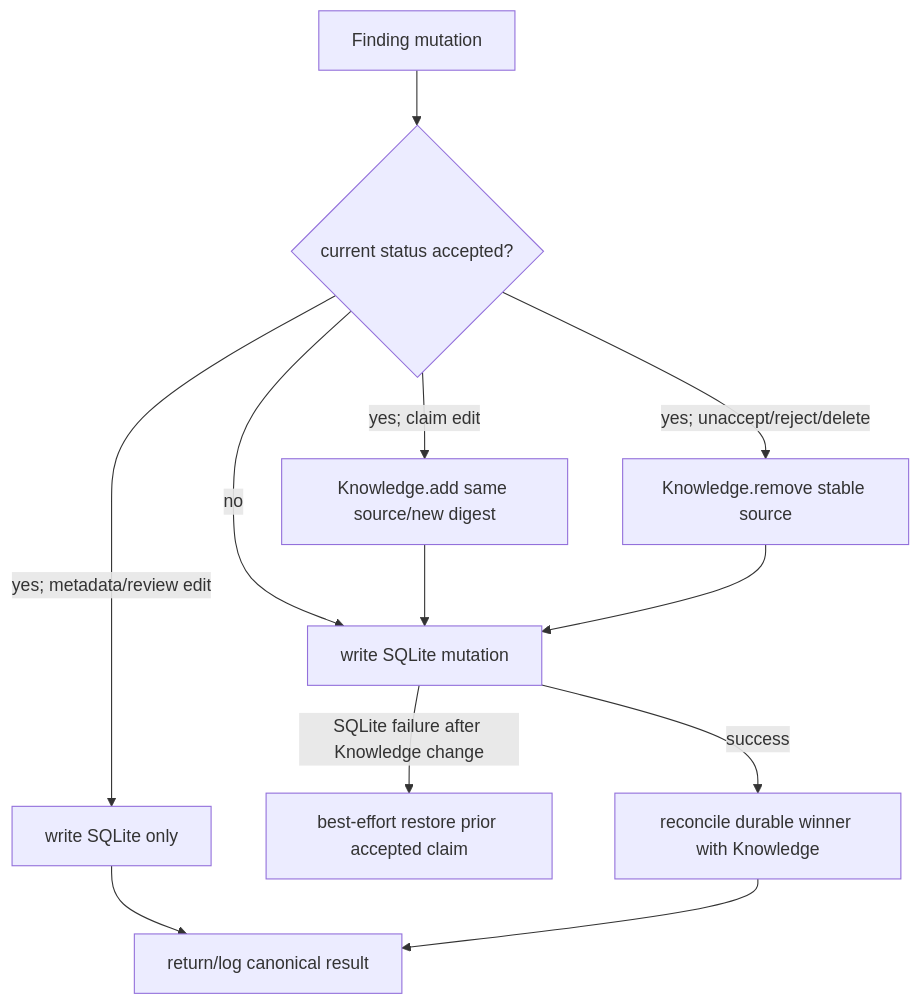
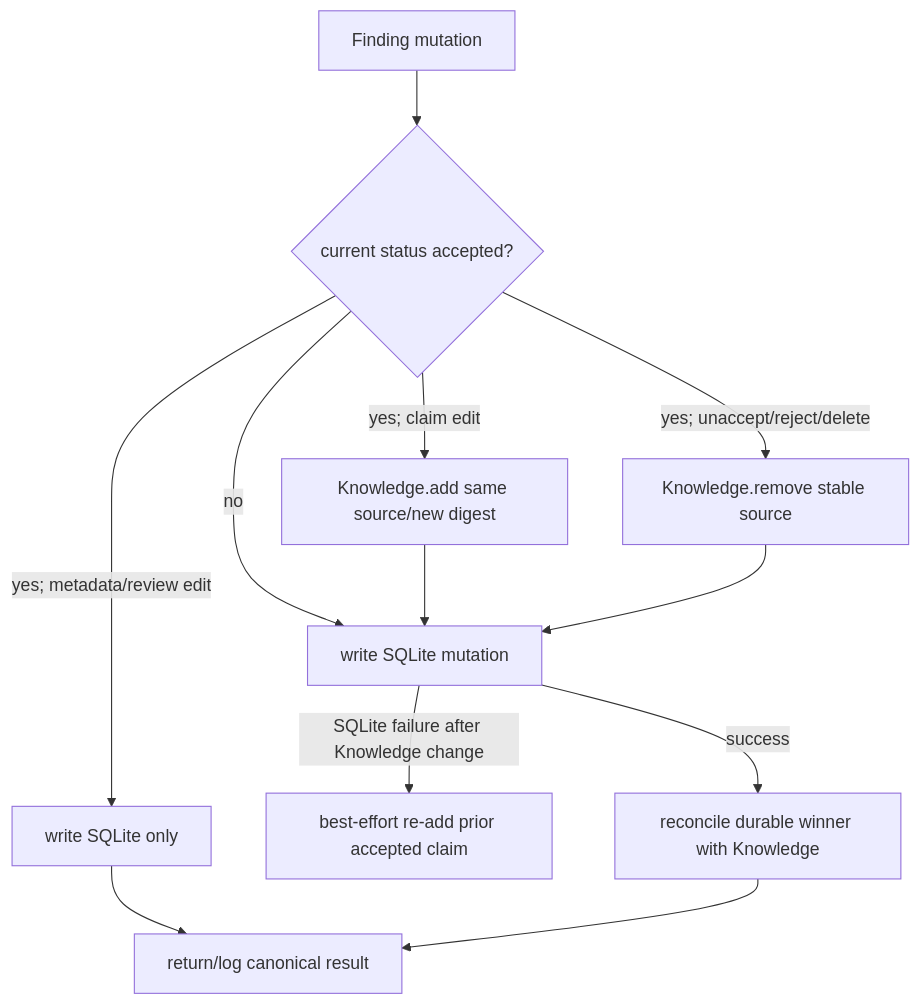
One commit to gccurtis/icarus changed the fifth of 6 diagrams in apps/backend/src/3-capabilities/investigation/docs/flows.md. Above: the diagram before and after it, drawn with Mermaid. The commit also changed other lines of this file and 88 other files, not shown here.

````diff
--- a/apps/backend/src/3-capabilities/investigation/docs/flows.md
+++ b/apps/backend/src/3-capabilities/investigation/docs/flows.md
@@ -199,14 +202,14 @@
 ```mermaid
 flowchart TD
   OP["Finding mutation"] --> LIVE{"current status accepted?"}
   LIVE -->|"no"| WRITE["write SQLite mutation"]
   LIVE -->|"yes; claim edit"| ADD["Knowledge.add same source/new digest"]
   LIVE -->|"yes; unaccept/reject/delete"| REMOVE["Knowledge.remove stable source"]
   LIVE -->|"yes; metadata/review edit"| META["write SQLite only"]
   ADD --> WRITE
   REMOVE --> WRITE
-  WRITE -->|"SQLite failure after Knowledge change"| COMP["best-effort restore prior accepted claim"]
+  WRITE -->|"SQLite failure after Knowledge change"| COMP["best-effort re-add prior accepted claim"]
   WRITE -->|"success"| REC["reconcile durable winner with Knowledge"]
   META --> DONE
   REC --> DONE["return/log canonical result"]
 ```
````
